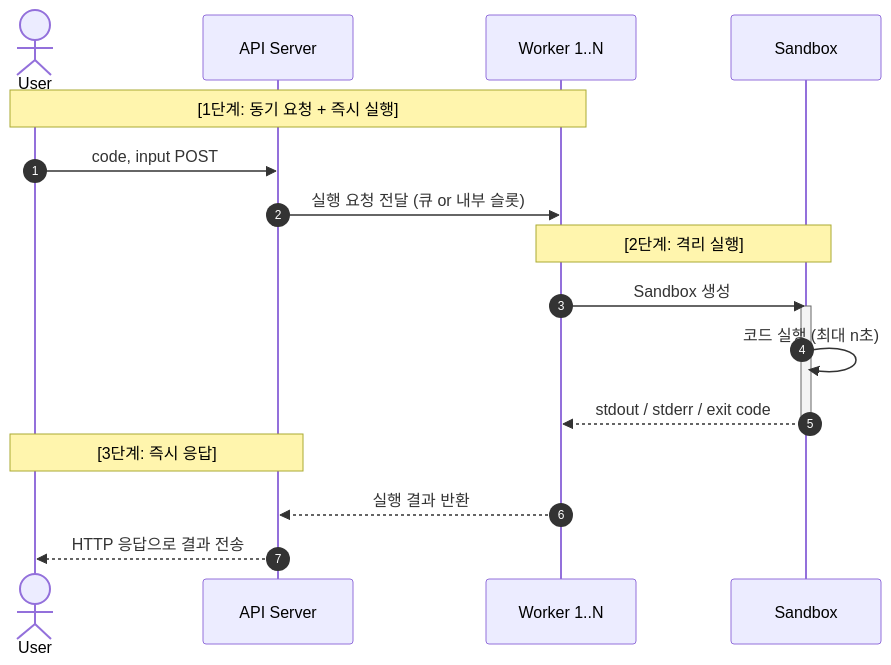
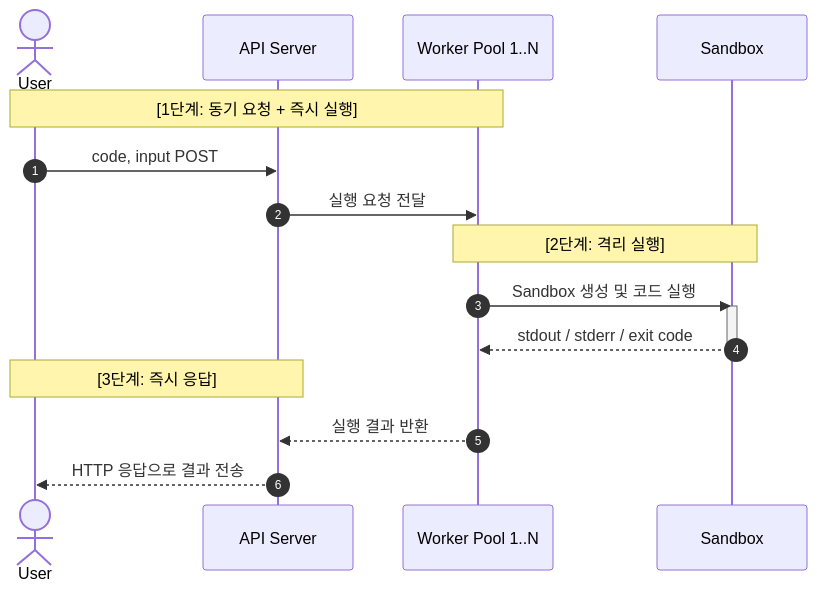
The diagram in content/posts/OnPyRunner03.md (ljweel/ljweel.github.io), drawn with Mermaid before and after one commit.

````diff
--- a/content/posts/OnPyRunner03.md
+++ b/content/posts/OnPyRunner03.md
@@ -41,23 +41,22 @@
 ```mermaid
 sequenceDiagram
     autonumber
     actor User
     participant API as API Server
-    participant Worker as Worker 1..N
+    participant Worker as Worker Pool 1..N
     participant Sandbox
 
     Note over User, Worker: [1단계: 동기 요청 + 즉시 실행]
     User->>API: code, input POST
-    API->>Worker: 실행 요청 전달 (큐 or 내부 슬롯)
+    API->>Worker: 실행 요청 전달
 
     Note over Worker, Sandbox: [2단계: 격리 실행]
-    Worker->>Sandbox: Sandbox 생성
+    Worker->>Sandbox: Sandbox 생성 및 코드 실행
     activate Sandbox
-    Sandbox->>Sandbox: 코드 실행 (최대 n초)
     Sandbox-->>Worker: stdout / stderr / exit code
     deactivate Sandbox
 
     Note over User, API: [3단계: 즉시 응답]
     Worker-->>API: 실행 결과 반환
     API-->>User: HTTP 응답으로 결과 전송
 ```
````
